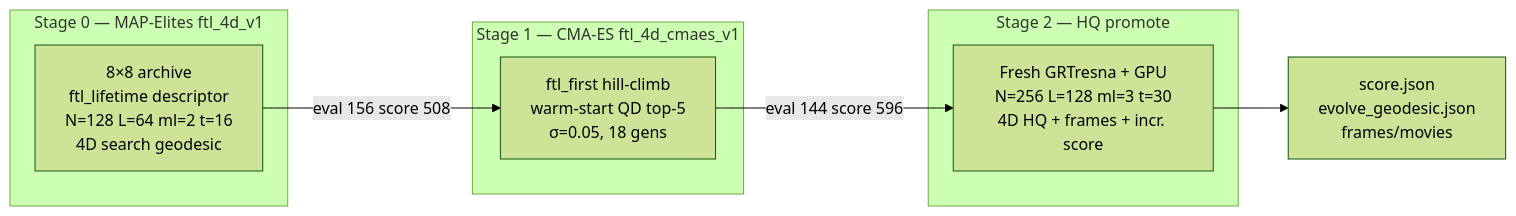
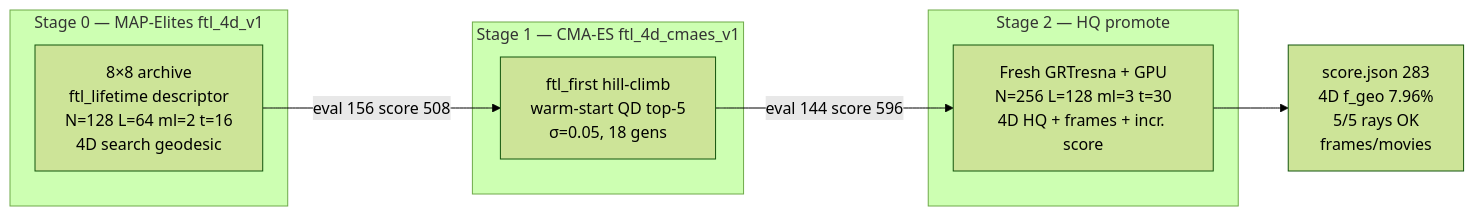
Before and after one commit to Nikchik-coder/GRTeclyn: the second of 2 diagrams in research/neuralspacetime/MapElites.md, drawn with Mermaid (forest theme). The commit also changed other lines of this file and 8 other files, not shown here.

````diff
--- a/research/neuralspacetime/MapElites.md
+++ b/research/neuralspacetime/MapElites.md
@@ -434,15 +437,15 @@
 ```mermaid
 flowchart LR
   subgraph s0 [Stage 0 — MAP-Elites ftl_4d_v1]
     QD["8×8 archive\nftl_lifetime descriptor\nN=128 L=64 ml=2 t=16\n4D search geodesic"]
   end
   subgraph s1 [Stage 1 — CMA-ES ftl_4d_cmaes_v1]
     CMA["ftl_first hill-climb\nwarm-start QD top-5\nσ=0.05, 18 gens"]
   end
   subgraph s2 [Stage 2 — HQ promote]
     HQ["Fresh GRTresna + GPU\nN=256 L=128 ml=3 t=30\n4D HQ + frames + incr. score"]
   end
   QD -->|"eval 156 score 508"| CMA
   CMA -->|"eval 144 score 596"| HQ
-  HQ --> OUT["score.json\nevolve_geodesic.json\nframes/movies"]
+  HQ --> OUT["score.json 283\n4D f_geo 7.96%\n5/5 rays OK\nframes/movies"]
 ```
````
